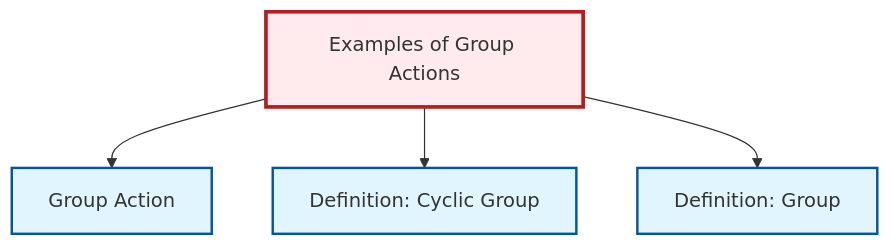
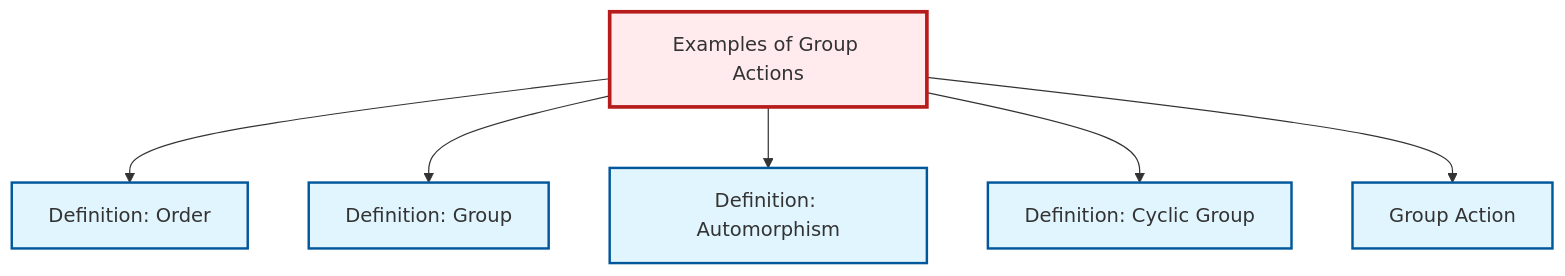
Before and after one commit to RK0429/ModernMath: the diagram in content/en/algebra/ex-group-action-examples.qmd, drawn with Mermaid. The commit also changed 581 other files, not shown here.

````diff
--- a/content/en/algebra/ex-group-action-examples.qmd
+++ b/content/en/algebra/ex-group-action-examples.qmd
@@ -77,20 +77,26 @@
 ```{mermaid}
 %%| fig-cap: "Local dependency graph"
 graph TD
     classDef definition fill:#e1f5fe,stroke:#01579b,stroke-width:2px
     classDef theorem fill:#f3e5f5,stroke:#4a148c,stroke-width:2px
     classDef axiom fill:#fff3e0,stroke:#e65100,stroke-width:2px
     classDef example fill:#e8f5e9,stroke:#1b5e20,stroke-width:2px
     classDef current fill:#ffebee,stroke:#b71c1c,stroke-width:3px
+    def-order["Definition: Order"]:::definition
+    def-group-action["Group Action"]:::definition
+    ex-group-action-examples["Examples of Group Actions"]:::example
+    def-cyclic-group["Definition: Cyclic Group"]:::definition
     def-group["Definition: Group"]:::definition
-    ex-group-action-examples["Examples of Group Actions"]:::example
-    def-group-action["Group Action"]:::definition
-    def-cyclic-group["Definition: Cyclic Group"]:::definition
+    def-automorphism["Definition: Automorphism"]:::definition
+    ex-group-action-examples --> def-order
+    ex-group-action-examples --> def-group
+    ex-group-action-examples --> def-automorphism
+    ex-group-action-examples --> def-cyclic-group
     ex-group-action-examples --> def-group-action
-    ex-group-action-examples --> def-cyclic-group
-    ex-group-action-examples --> def-group
     class ex-group-action-examples current
-    click def-group "def-group.html" "Go to Group definition"
+    click def-order "def-order.html" "Go to Order definition"
     click def-group-action "def-group-action.html" "Go to Group Action"
     click def-cyclic-group "def-cyclic-group.html" "Go to Cyclic Group definition"
+    click def-group "def-group.html" "Go to Group definition"
+    click def-automorphism "def-automorphism.html" "Go to Automorphism definition"
 ```
````
